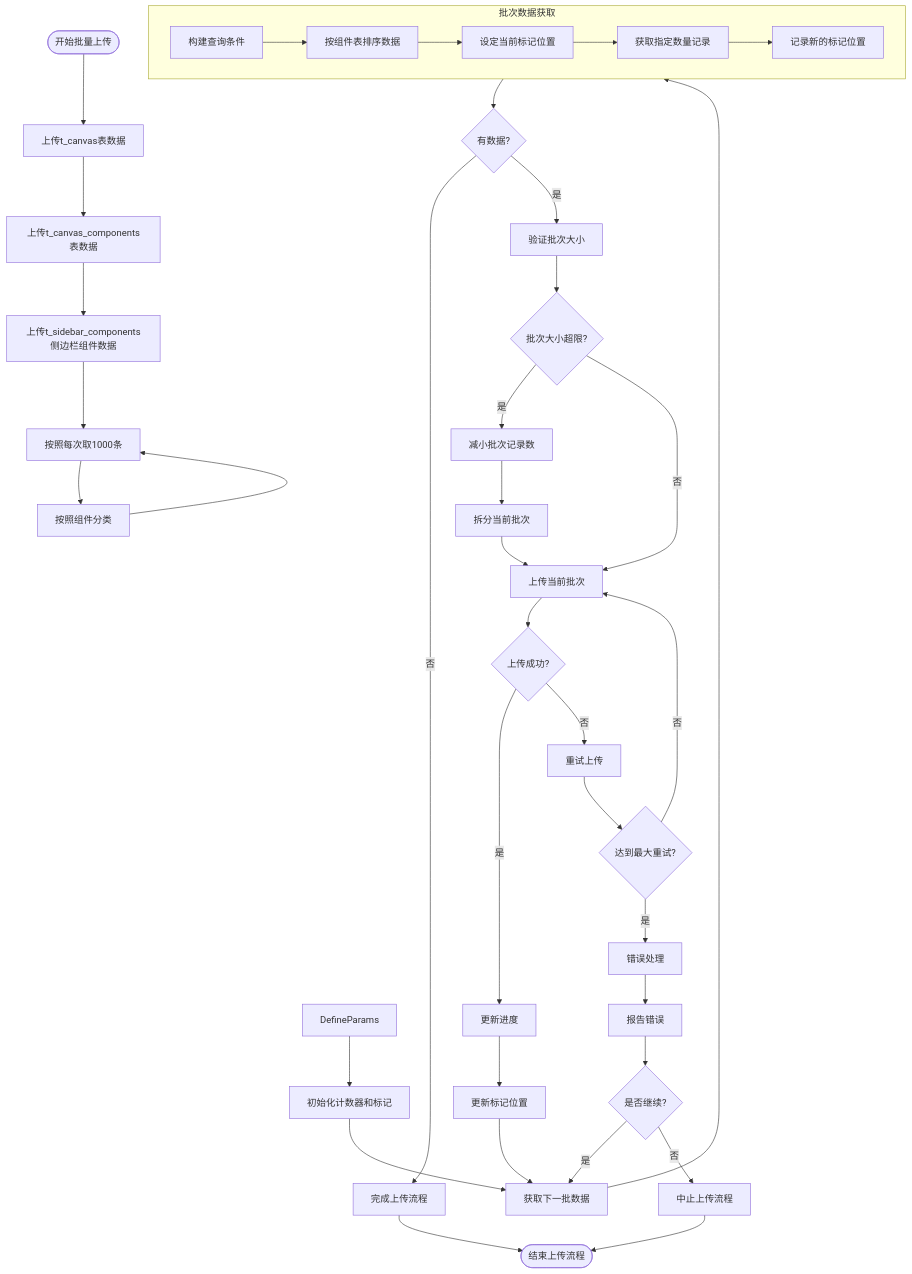
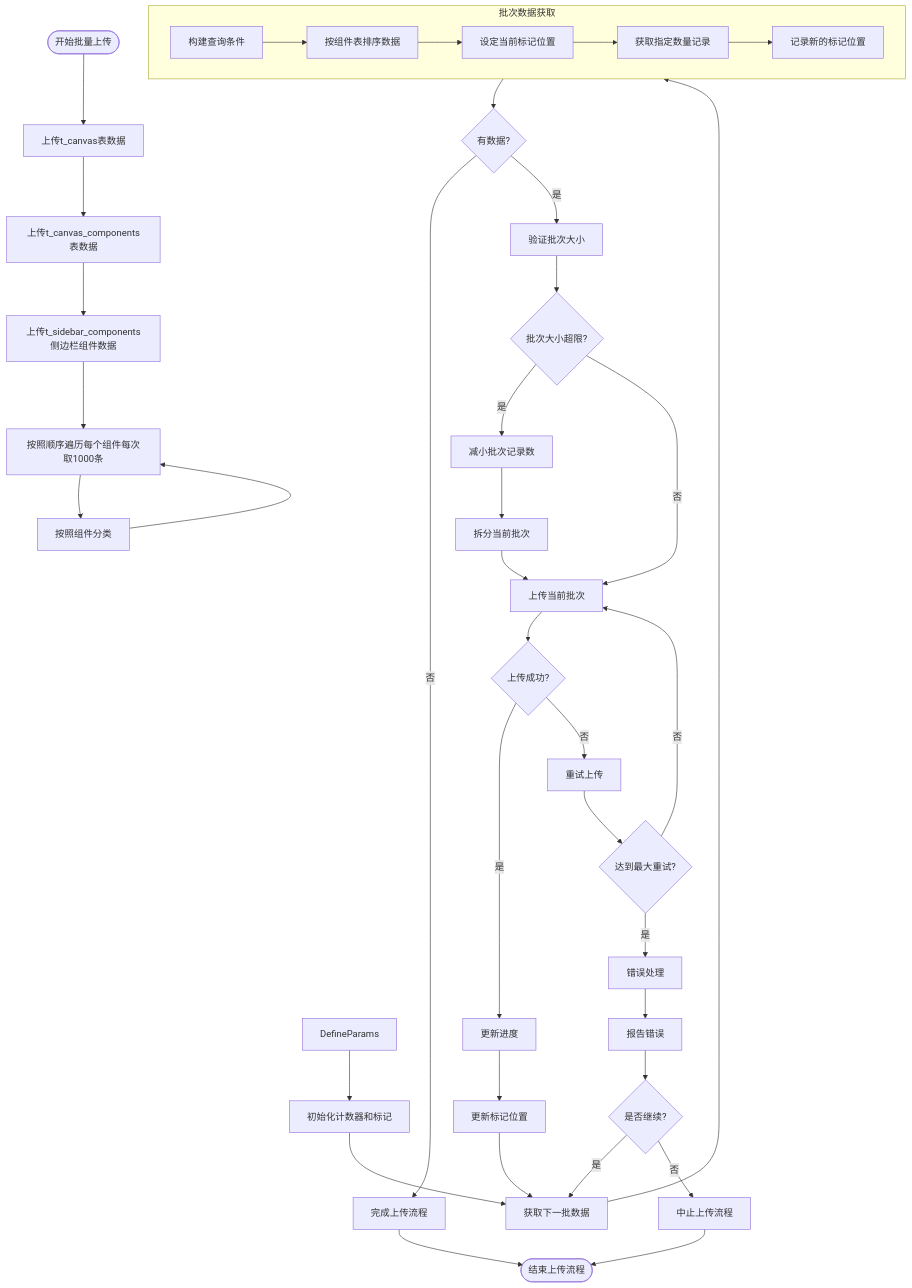
Before and after one commit to yingjianzh/iodraw-files: the diagram in all/未命名-51.md, drawn with Mermaid.

Commit message:
2025-05-08 17:27:41 update

````diff
--- a/all/未命名-51.md
+++ b/all/未命名-51.md
@@ -1,54 +1,54 @@
 ```mermaid
 flowchart TD
     Start([开始批量上传]) --> UploadSpaceData[上传t_canvas表数据]
     UploadSpaceData --> UploadComponentListData[上传t_canvas_components表数据]
     UploadComponentListData --> UploadSiderComponent[上传t_sidebar_components侧边栏组件数据]
     
     UploadSiderComponent --> UploadData[获取需要上传的组件/组件实例表]
 
     UploadData --> ClassifyData[按照组件分类]
 
-    ClassifyData --> UploadData[按照每次取1000条]
+    ClassifyData --> UploadData[按照顺序遍历每个组件每次取1000条]
     DefineParams --> InitCounters[初始化计数器和标记]
     
     InitCounters --> FetchNextBatch[获取下一批数据]
     
     subgraph BatchFetch [批次数据获取]
         A[构建查询条件] --> B[按组件表排序数据]
         B --> C[设定当前标记位置]
         C --> D[获取指定数量记录]
         D --> E[记录新的标记位置]
     end
     
     FetchNextBatch --> BatchFetch
     
     BatchFetch --> CheckResults{有数据?}
     CheckResults -->|否| CompleteUpload[完成上传流程]
     CheckResults -->|是| ValidateBatch[验证批次大小]
     
     ValidateBatch --> SizeTooLarge{批次大小超限?}
     SizeTooLarge -->|是| AdjustBatchSize[减小批次记录数]
     SizeTooLarge -->|否| UploadBatch[上传当前批次]
     
     AdjustBatchSize --> SplitBatch[拆分当前批次]
     SplitBatch --> UploadBatch
     
     UploadBatch --> UploadSuccess{上传成功?}
     UploadSuccess -->|是| UpdateProgress[更新进度]
     UploadSuccess -->|否| RetryUpload[重试上传]
     
     RetryUpload --> MaxRetries{达到最大重试?}
     MaxRetries -->|否| UploadBatch
     MaxRetries -->|是| ErrorHandling[错误处理]
     
     ErrorHandling --> ReportError[报告错误]
     ReportError --> ContinueOption{是否继续?}
     ContinueOption -->|是| FetchNextBatch
     ContinueOption -->|否| AbortProcess[中止上传流程]
     
     UpdateProgress --> UpdateMarker[更新标记位置]
     UpdateMarker --> FetchNextBatch
     
     CompleteUpload --> End([结束上传流程])
     AbortProcess --> End
 ```
````
